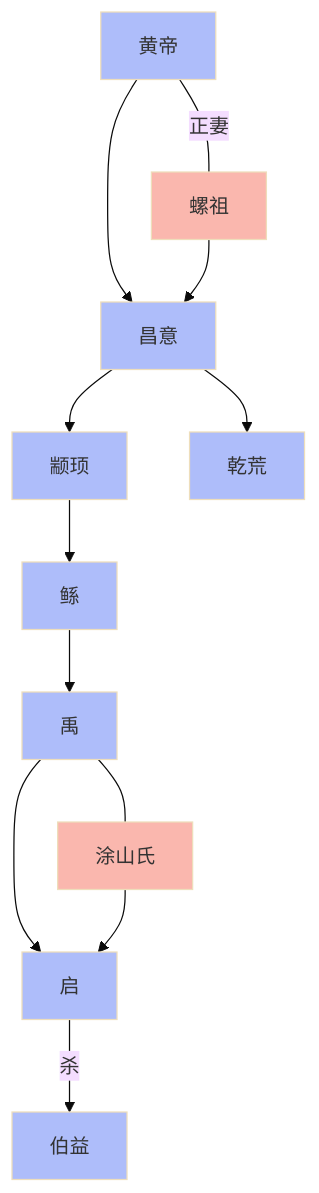
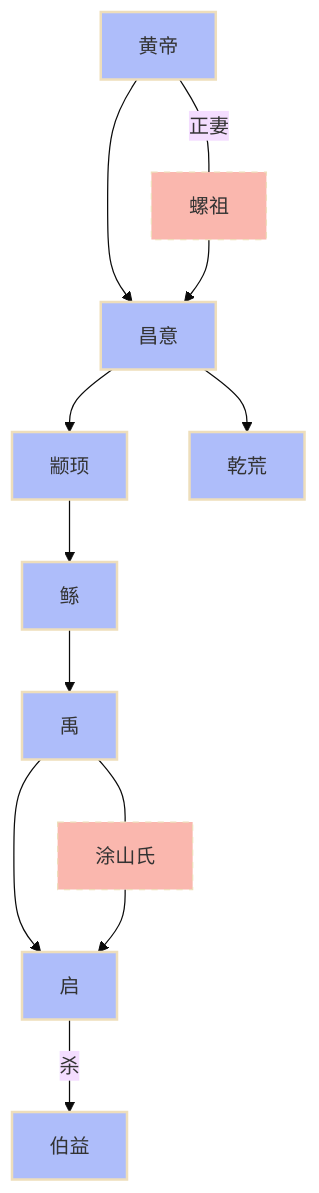
The first of 5 diagrams in _posts/study/2019-7-15-竹书纪年.md (gamefang/gamefang.github.io), drawn with Mermaid (base theme) before and after one commit. The commit also changed other lines of this file, not shown here.

Commit message:
优化mermaid

````diff
--- a/_posts/study/2019-7-15-竹书纪年.md
+++ b/_posts/study/2019-7-15-竹书纪年.md
@@ -12,28 +14,22 @@
 ```mermaid
 graph TB
-
-style 黄帝 fill:#AEBDFA
-style 螺祖 fill:#FAB7AE
-style 昌意 fill:#AEBDFA
-style 颛顼 fill:#AEBDFA
-style 乾荒 fill:#AEBDFA
-style 鲧 fill:#AEBDFA
-style 禹 fill:#AEBDFA
-style 涂山氏 fill:#FAB7AE
-style 启 fill:#AEBDFA
-style 伯益 fill:#AEBDFA
 
 黄帝--正妻---螺祖
 黄帝-->昌意
 螺祖-->昌意
 昌意-->颛顼
 昌意-->乾荒
 颛顼-->鲧
 鲧-->禹
 禹---涂山氏
 禹-->启
 涂山氏-->启
 启--杀-->伯益
 
-%%click 黄帝 "https://baike.baidu.com/item/%E9%BB%84%E5%B8%9D/118887?fr=aladdin" "黄帝"
+classDef male fill:#AEBDFA,stroke-width:2px
+classDef female fill:#FAB7AE,stroke-dasharray:5,5
+class 黄帝,昌意,颛顼,乾荒,鲧,禹,启,伯益 male
+class 螺祖,涂山氏 female
+
+click 黄帝 "https://baike.baidu.com/item/%E9%BB%84%E5%B8%9D/118887?fr=aladdin" "黄帝"
 ```
````
